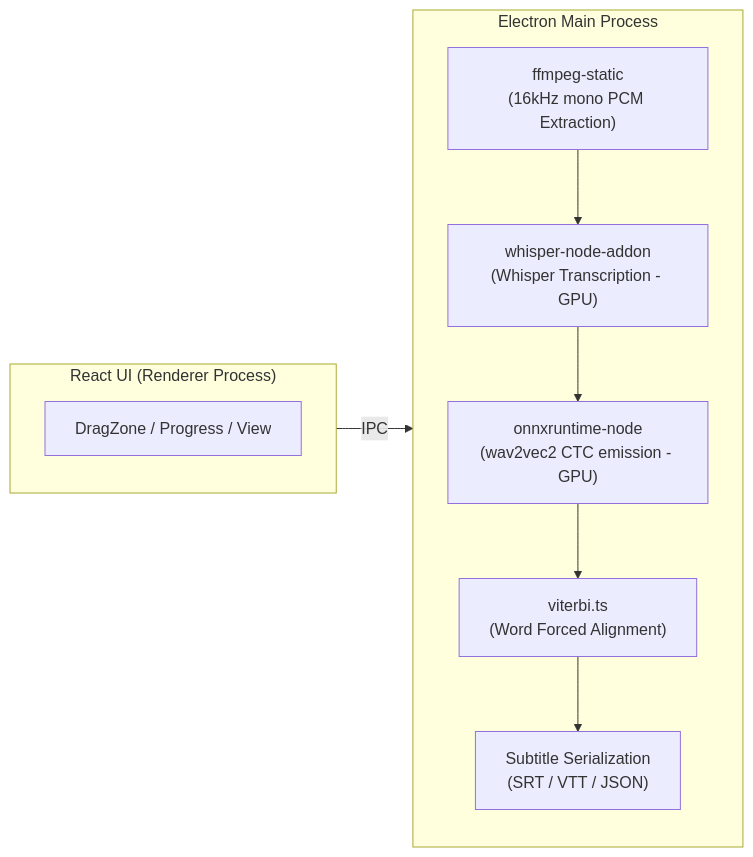
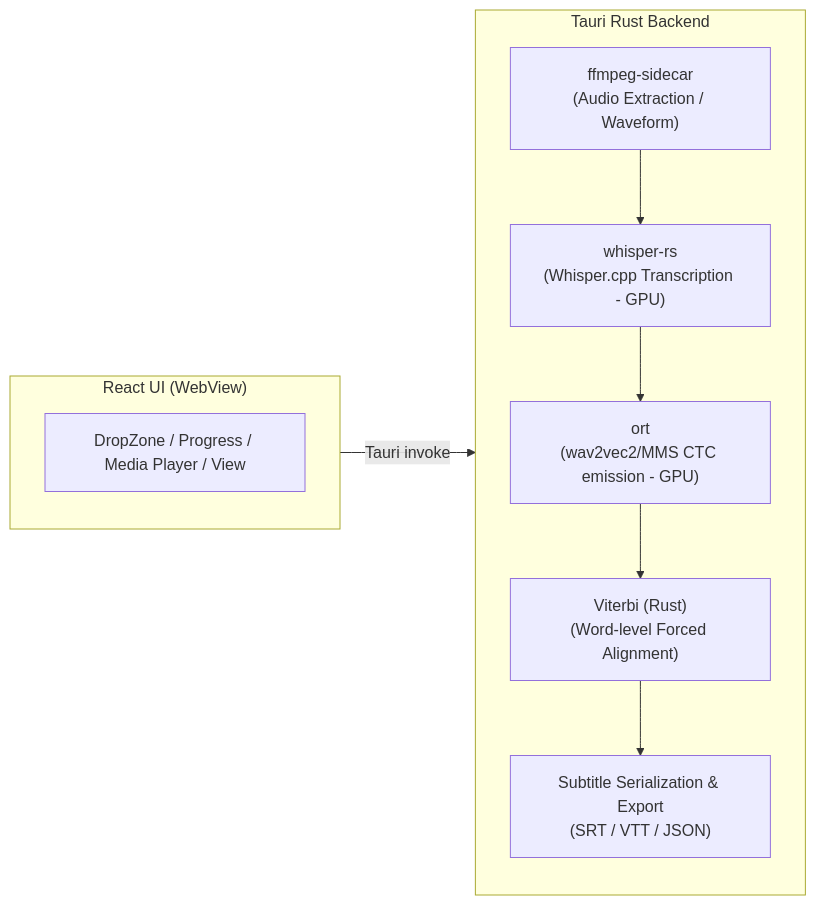
Before and after one commit to samchiball/CaptionX: the diagram in docs/README.en-us.md, drawn with Mermaid. The commit also changed other lines of this file and 181 other files, not shown here.

Commit message:
feat: migrate Electron app to Tauri v2 + React 19 and translate files/comments to English

````diff
--- a/docs/README.en-us.md
+++ b/docs/README.en-us.md
@@ -60,20 +92,20 @@
 ```mermaid
 flowchart LR
-    subgraph UI ["React UI (Renderer Process)"]
+    subgraph UI ["React UI (WebView)"]
         direction TB
-        UI_A["DragZone / Progress / View"]
+        UI_A["DropZone / Progress / Media Player / View"]
     end
 
-    subgraph Main ["Electron Main Process"]
+    subgraph Backend ["Tauri Rust Backend"]
         direction TB
-        Main_B["ffmpeg-static<br/>(16kHz mono PCM Extraction)"]
-        Main_C["whisper-node-addon<br/>(Whisper Transcription - GPU)"]
-        Main_D["onnxruntime-node<br/>(wav2vec2 CTC emission - GPU)"]
-        Main_E["viterbi.ts<br/>(Word Forced Alignment)"]
-        Main_F["Subtitle Serialization<br/>(SRT / VTT / JSON)"]
+        B_A["ffmpeg-sidecar<br/>(Audio Extraction / Waveform)"]
+        B_B["whisper-rs<br/>(Whisper.cpp Transcription - GPU)"]
+        B_C["ort<br/>(wav2vec2/MMS CTC emission - GPU)"]
+        B_D["Viterbi (Rust)<br/>(Word-level Forced Alignment)"]
+        B_E["Subtitle Serialization & Export<br/>(SRT / VTT / JSON)"]
 
-        Main_B --> Main_C --> Main_D --> Main_E --> Main_F
+        B_A --> B_B --> B_C --> B_D --> B_E
     end
 
-    UI_A -- "IPC" --> Main_B
+    UI_A -- "Tauri invoke" --> B_A
 ```
````
